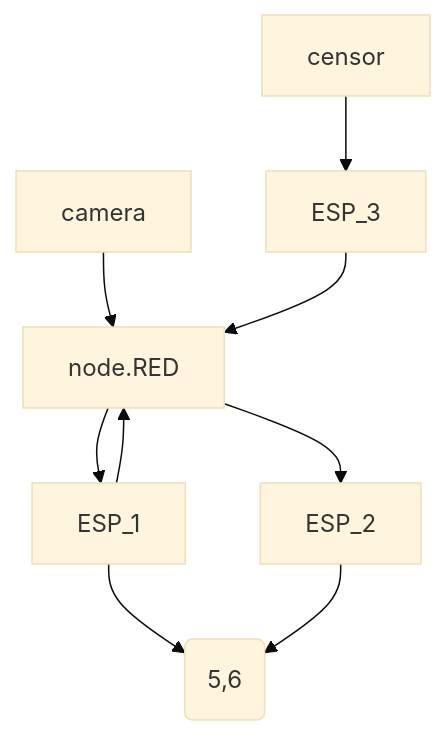
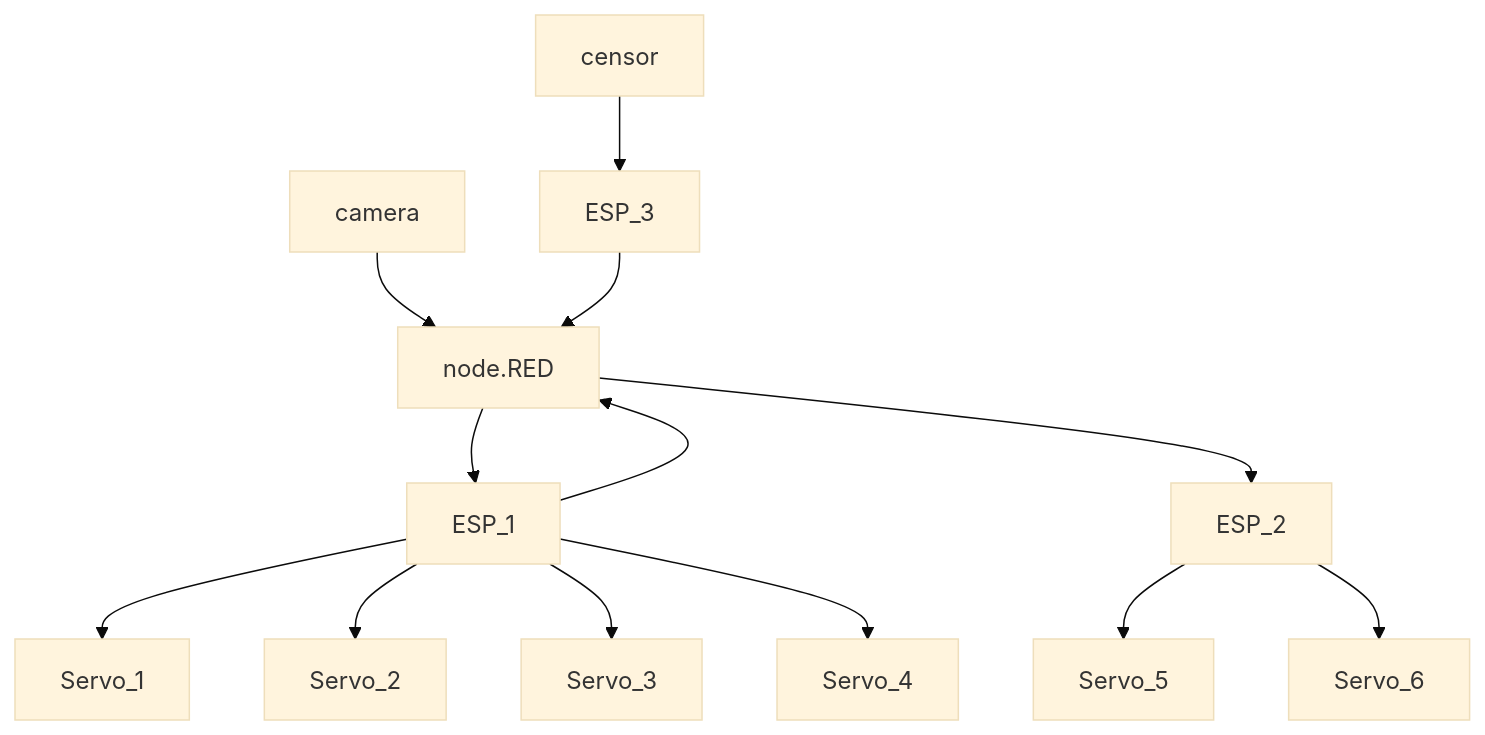
The diagram in README.md (evry-paris-saclay/2023-m2cns-rd-ChaineDeValeurs), drawn with Mermaid (base theme) before and after one commit.

````diff
--- a/README.md
+++ b/README.md
@@ -11,11 +11,15 @@
 ```mermaid
 graph TD;
     camera-->node.RED;
     node.RED-->ESP_1;
-    ESP_1-->Servo(1,2,3,4);
+    ESP_1-->Servo_1;
+    ESP_1-->Servo_2;
+    ESP_1-->Servo_3;
+    ESP_1-->Servo_4;
     ESP_1-->node.RED;
     node.RED-->ESP_2;
-    ESP_2-->Servo(5,6);
+    ESP_2-->Servo_5;
+    ESP_2-->Servo_6;
     censor-->ESP_3;
     ESP_3-->node.RED;
 ```
````
